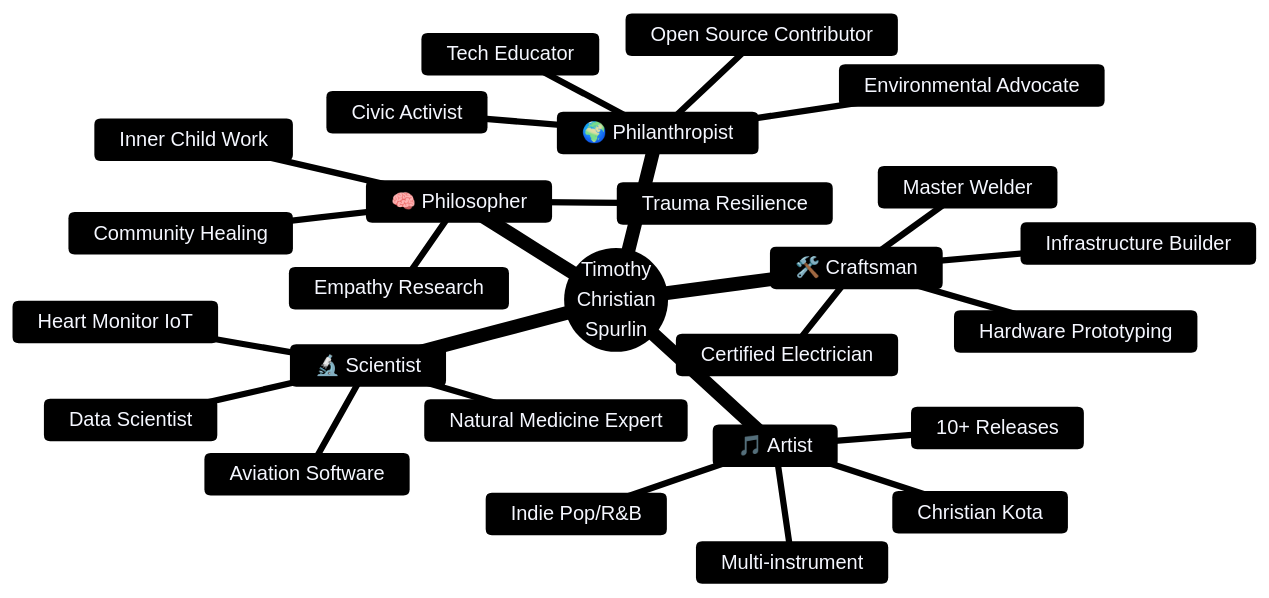
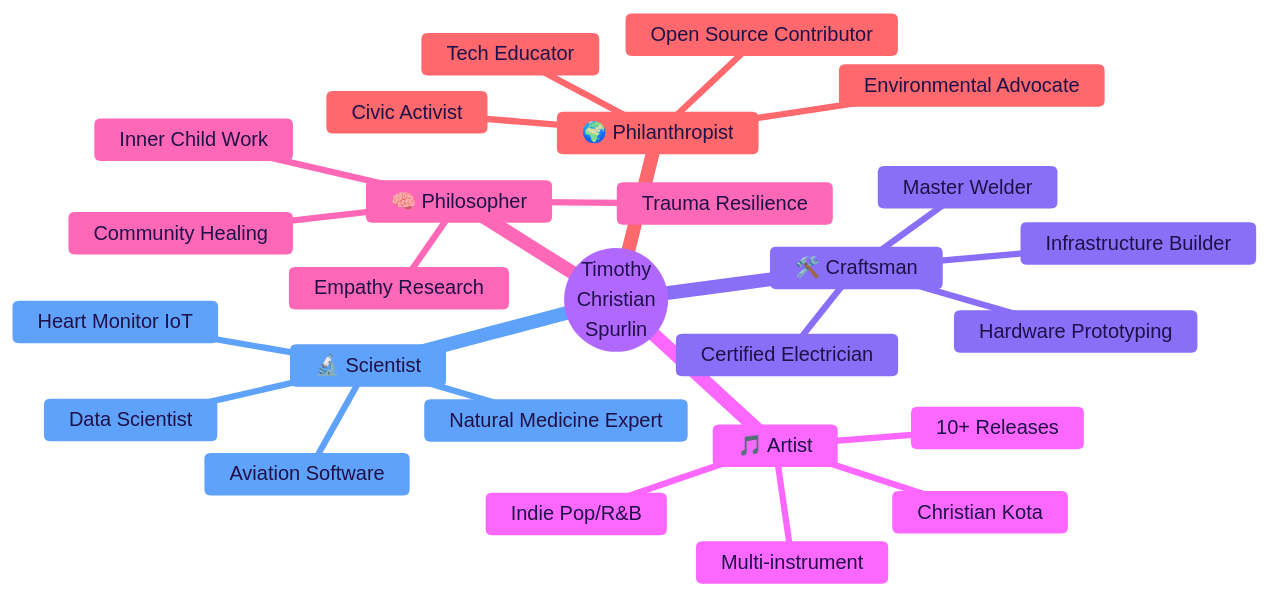
The first of 11 diagrams in README.md (Tim-Spurlin/Christian-Kota-Contributions-Snapshot), drawn with Mermaid before and after one commit.

Commit message:
Improve Mermaid readability for Complete Human mindmap

````diff
--- a/README.md
+++ b/README.md
@@ -65,30 +65,30 @@
 ```mermaid
-%%{init: {'theme':'base', 'themeVariables': { 'background':'#0f1220', 'primaryColor':'#2b2f55', 'primaryTextColor':'#f5f7ff', 'primaryBorderColor':'#7a86ff', 'lineColor':'#9aa4ff', 'secondaryColor':'#243b53', 'tertiaryColor':'#3f2a56', 'clusterBkg':'#1a1f38', 'clusterBorder':'#7a86ff', 'fontSize':'16px'}}}%%
+%%{init: {'theme':'base', 'themeVariables': { 'background':'#ffffff', 'primaryColor':'#f3e8ff', 'primaryTextColor':'#1f1147', 'primaryBorderColor':'#7a4cff', 'lineColor':'#5f52ff', 'secondaryColor':'#dbeafe', 'tertiaryColor':'#ede9fe', 'clusterBkg':'#f5f3ff', 'clusterBorder':'#7a4cff', 'fontSize':'16px'}}}%%
 mindmap
   root((Timothy<br/>Christian<br/>Spurlin))
     🔬 Scientist
       Natural Medicine Expert
       Data Scientist
       Aviation Software
       Heart Monitor IoT
     🛠️ Craftsman
       Master Welder
       Certified Electrician
       Hardware Prototyping
       Infrastructure Builder
     🎵 Artist
       Christian Kota
       Indie Pop/R&B
       Multi-instrument
       10+ Releases
     🧠 Philosopher
       Inner Child Work
       Trauma Resilience
       Empathy Research
       Community Healing
     🌍 Philanthropist
       Tech Educator
       Environmental Advocate
       Open Source Contributor
       Civic Activist
 ```
````
